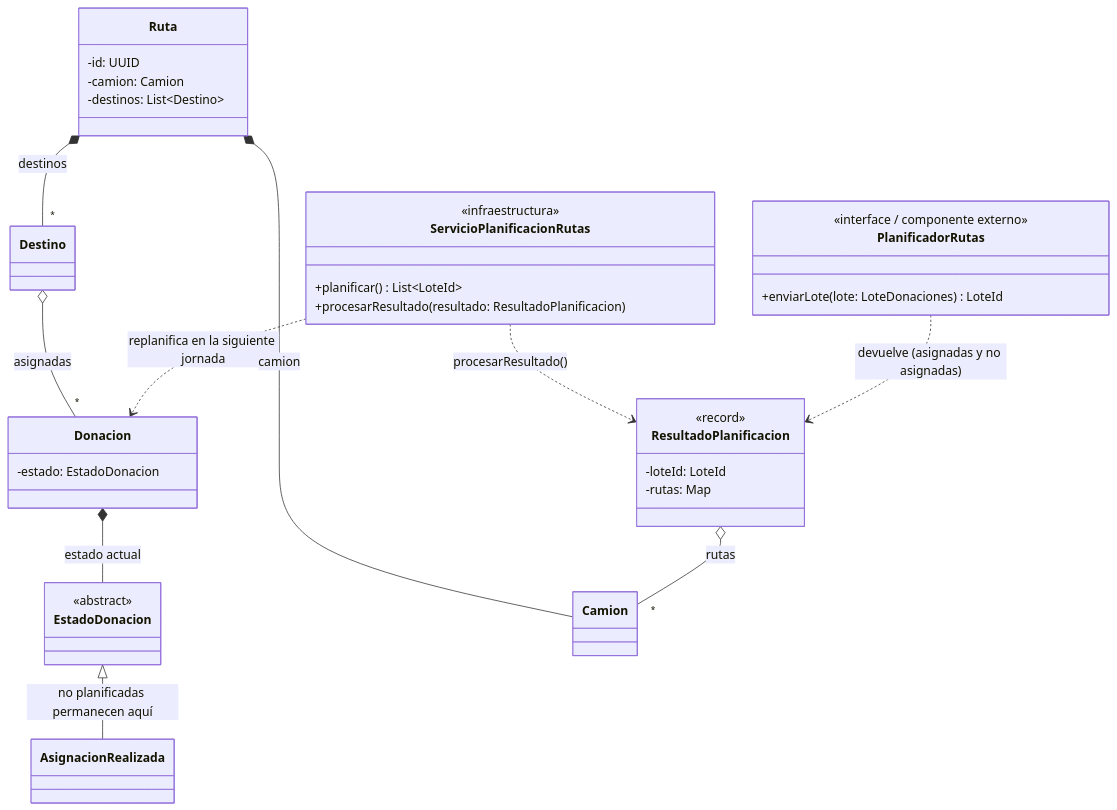
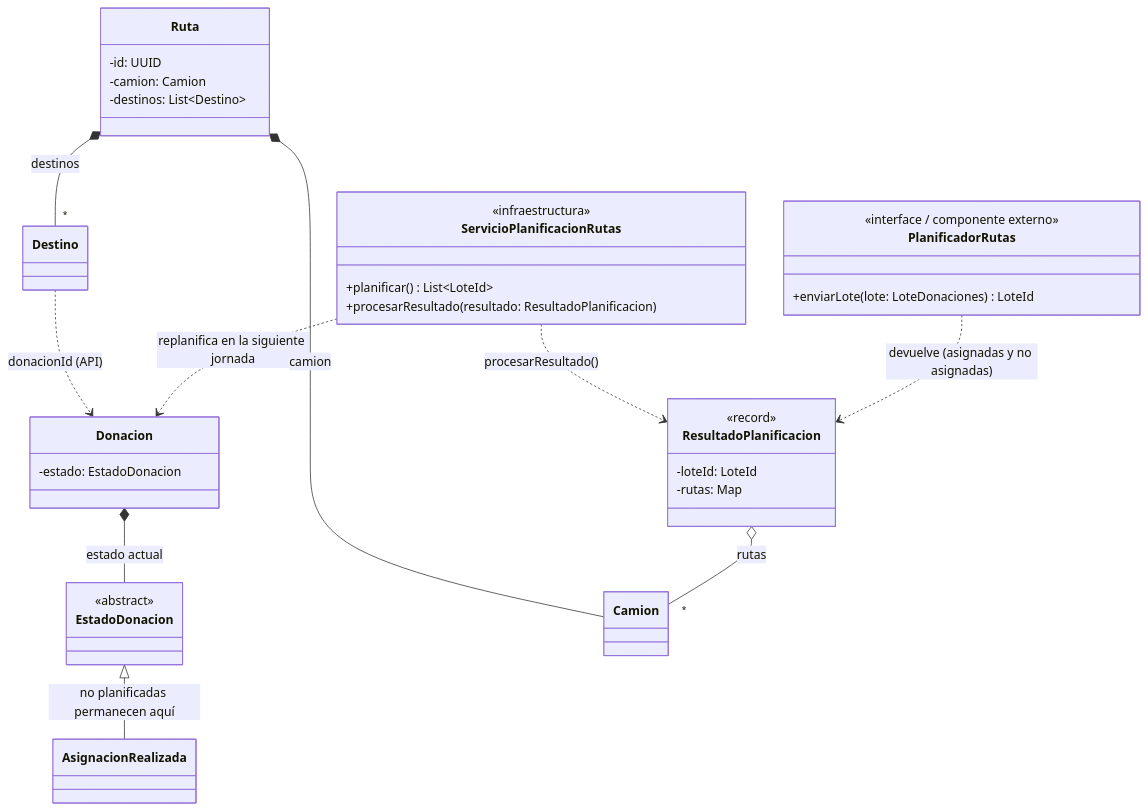
One commit to eonishi/tp-dds-2026-donatrack changed the diagram in docs/diagramas-por-requerimiento/e2-impl3-replanificacion.mermaid. Above: the diagram before and after it, drawn with Mermaid. The commit also changed 11 other files, not shown here.

```diff
--- a/docs/diagramas-por-requerimiento/e2-impl3-replanificacion.mermaid
+++ b/docs/diagramas-por-requerimiento/e2-impl3-replanificacion.mermaid
@@ -1,50 +1,50 @@
 %% ============================================================================
 %% ENTREGA 2 — Requerimiento de implementación 3
 %% "Es posible que el planificador no pueda asignar todas las donaciones en una
 %%  única ruta. En ese caso devolverá las donaciones sin asignar en un campo
 %%  aparte, y será responsabilidad de nuestro sistema volver a planificarlas."
 %% En el código actual las no asignadas permanecen en "Asignación realizada"
 %% y entran a la siguiente ejecución de planificación.
 %% Fragmento mínimo del dominio involucrado (incluye infraestructura).
 %% ============================================================================
 classDiagram
     direction TB
 
     class ServicioPlanificacionRutas {
         <<infraestructura>>
         +planificar() List~LoteId~
         +procesarResultado(resultado: ResultadoPlanificacion)
     }
     class PlanificadorRutas {
         <<interface / componente externo>>
         +enviarLote(lote: LoteDonaciones) LoteId
     }
     class ResultadoPlanificacion {
         <<record>>
         -loteId: LoteId
         -rutas: Map
     }
     class Donacion {
         -estado: EstadoDonacion
     }
     class EstadoDonacion {
         <<abstract>>
     }
     class AsignacionRealizada
     class Ruta {
         -id: UUID
         -camion: Camion
         -destinos: List~Destino~
     }
     class Camion
     class Destino
 
     PlanificadorRutas ..> ResultadoPlanificacion : devuelve (asignadas y no asignadas)
     ResultadoPlanificacion o-- "*" Camion : rutas
     ServicioPlanificacionRutas ..> ResultadoPlanificacion : procesarResultado()
     Donacion *-- EstadoDonacion : estado actual
     EstadoDonacion <|-- AsignacionRealizada : no planificadas permanecen aquí
     ServicioPlanificacionRutas ..> Donacion : replanifica en la siguiente jornada
     Ruta *-- Camion : camion
     Ruta *-- "*" Destino : destinos
-    Destino o-- "*" Donacion : asignadas
+    Destino ..> Donacion : donacionId (API)
```
